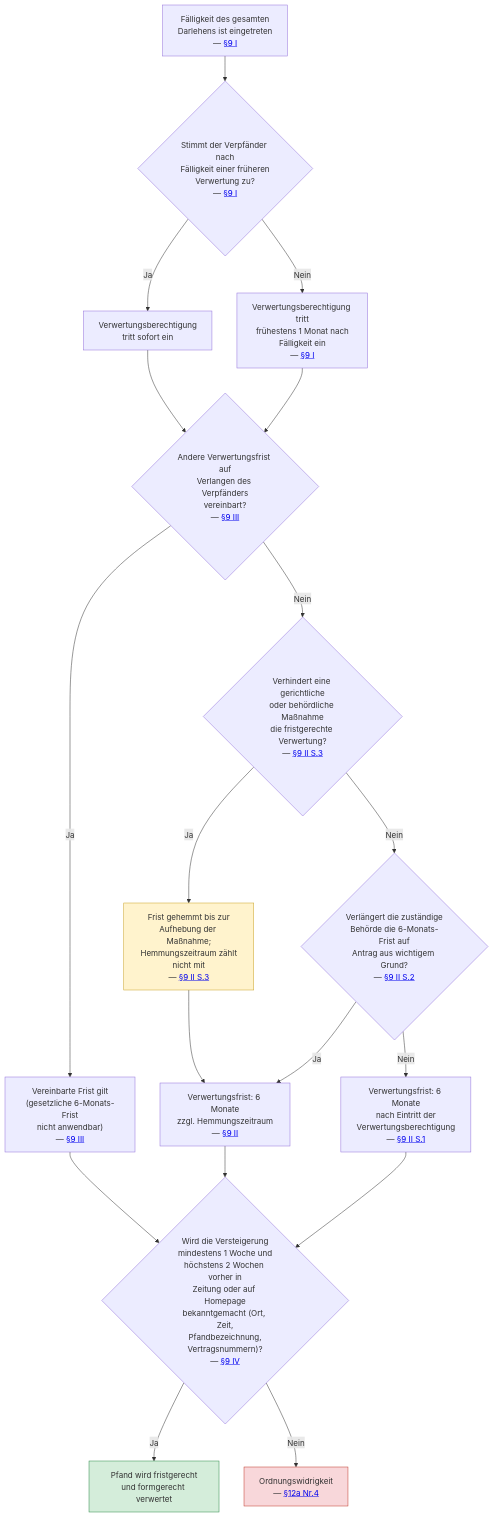
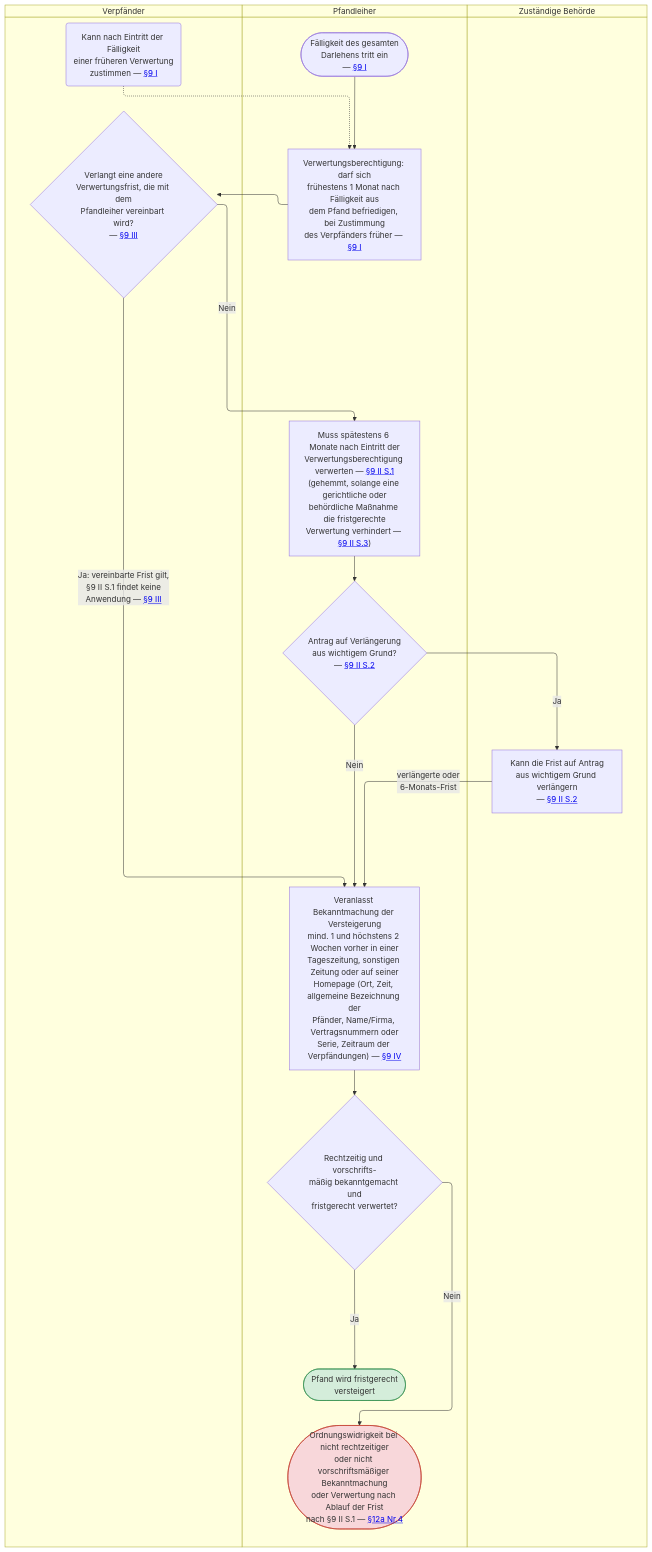
The diagram in src/content/ki-visualisierungen/PfandlV/verwertung.mmd (digitalservicebund/zfl-website), drawn with Mermaid before and after one commit. The commit also changed 26 other files, not shown here.

```diff
--- a/src/content/ki-visualisierungen/PfandlV/verwertung.mmd
+++ b/src/content/ki-visualisierungen/PfandlV/verwertung.mmd
@@ -1,25 +1,41 @@
 ---
-summary: "Zeigt, ab wann ein Pfandleiher nach Fälligkeit des Darlehens zur Verwertung des Pfandes berechtigt ist, welche Verwertungsfrist gilt und welche Bekanntmachungspflichten vor einer Versteigerung einzuhalten sind."
+summary: "Zeigt, wann der Pfandleiher nach Fälligkeit des Darlehens das Pfand verwerten darf und muss, wie Zustimmung und Verlangen des Verpfänders sowie eine Fristverlängerung durch die zuständige Behörde darauf einwirken und welche Bekanntmachung vor der Versteigerung nötig ist."
 ---
-flowchart TD
-    A["Fälligkeit des gesamten<br/>Darlehens ist eingetreten<br/>— <a href='{{ELI}}#art-z9_abs-z1' target='_blank' rel='noopener'>§9 I</a>"] --> B{"Stimmt der Verpfänder nach<br/>Fälligkeit einer früheren<br/>Verwertung zu?<br/>— <a href='{{ELI}}#art-z9_abs-z1' target='_blank' rel='noopener'>§9 I</a>"}
-    B -->|Ja| C1["Verwertungsberechtigung<br/>tritt sofort ein"]
-    B -->|Nein| C2["Verwertungsberechtigung tritt<br/>frühestens 1 Monat nach<br/>Fälligkeit ein<br/>— <a href='{{ELI}}#art-z9_abs-z1' target='_blank' rel='noopener'>§9 I</a>"]
-    C1 --> D{"Andere Verwertungsfrist auf<br/>Verlangen des Verpfänders<br/>vereinbart?<br/>— <a href='{{ELI}}#art-z9_abs-z3' target='_blank' rel='noopener'>§9 III</a>"}
-    C2 --> D
-    D -->|Ja| E1["Vereinbarte Frist gilt<br/>(gesetzliche 6-Monats-Frist<br/>nicht anwendbar)<br/>— <a href='{{ELI}}#art-z9_abs-z3' target='_blank' rel='noopener'>§9 III</a>"]
-    D -->|Nein| E2{"Verhindert eine gerichtliche<br/>oder behördliche Maßnahme<br/>die fristgerechte Verwertung?<br/>— <a href='{{ELI}}#art-z9_abs-z2' target='_blank' rel='noopener'>§9 II S.3</a>"}
-    E2 -->|Ja| F1["Frist gehemmt bis zur<br/>Aufhebung der Maßnahme;<br/>Hemmungszeitraum zählt<br/>nicht mit<br/>— <a href='{{ELI}}#art-z9_abs-z2' target='_blank' rel='noopener'>§9 II S.3</a>"]
-    E2 -->|Nein| F2{"Verlängert die zuständige<br/>Behörde die 6-Monats-Frist auf<br/>Antrag aus wichtigem Grund?<br/>— <a href='{{ELI}}#art-z9_abs-z2' target='_blank' rel='noopener'>§9 II S.2</a>"}
-    F1 --> G["Verwertungsfrist: 6 Monate<br/>zzgl. Hemmungszeitraum<br/>— <a href='{{ELI}}#art-z9_abs-z2' target='_blank' rel='noopener'>§9 II</a>"]
-    F2 -->|Ja| G
-    F2 -->|Nein| H["Verwertungsfrist: 6 Monate<br/>nach Eintritt der<br/>Verwertungsberechtigung<br/>— <a href='{{ELI}}#art-z9_abs-z2' target='_blank' rel='noopener'>§9 II S.1</a>"]
-    E1 --> I{"Wird die Versteigerung<br/>mindestens 1 Woche und<br/>höchstens 2 Wochen vorher in<br/>Zeitung oder auf Homepage<br/>bekanntgemacht (Ort, Zeit,<br/>Pfandbezeichnung,<br/>Vertragsnummern)?<br/>— <a href='{{ELI}}#art-z9_abs-z4' target='_blank' rel='noopener'>§9 IV</a>"}
-    G --> I
-    H --> I
-    I -->|Ja| J["Pfand wird fristgerecht<br/>und formgerecht verwertet"]
-    I -->|Nein| K["Ordnungswidrigkeit<br/>— <a href='{{ELI}}/art-z12a' target='_blank' rel='noopener'>§12a Nr.4</a>"]
+swimlane-beta TD
+    subgraph VP["Verpfänder"]
+        zustimmung("Kann nach Eintritt der Fälligkeit<br/>einer früheren Verwertung<br/>zustimmen — <a href='{{ELI}}#art-z9_abs-z1' target='_blank' rel='noopener'>§9 I</a>")
+        verlangen{"Verlangt eine andere<br/>Verwertungsfrist, die mit dem<br/>Pfandleiher vereinbart wird?<br/>— <a href='{{ELI}}#art-z9_abs-z3' target='_blank' rel='noopener'>§9 III</a>"}
+    end
 
-    style J fill:#d4edda,stroke:#2d8a4a
-    style K fill:#f8d7da,stroke:#c0392b
-    style F1 fill:#fff3cd,stroke:#c9a227
+    subgraph PL["Pfandleiher"]
+        start(["Fälligkeit des gesamten<br/>Darlehens tritt ein<br/>— <a href='{{ELI}}#art-z9_abs-z1' target='_blank' rel='noopener'>§9 I</a>"])
+        berechtigt["Verwertungsberechtigung: darf sich<br/>frühestens 1 Monat nach Fälligkeit aus<br/>dem Pfand befriedigen, bei Zustimmung<br/>des Verpfänders früher — <a href='{{ELI}}#art-z9_abs-z1' target='_blank' rel='noopener'>§9 I</a>"]
+        frist6["Muss spätestens 6 Monate nach Eintritt der<br/>Verwertungsberechtigung verwerten — <a href='{{ELI}}#art-z9_abs-z2' target='_blank' rel='noopener'>§9 II S.1</a><br/>(gehemmt, solange eine gerichtliche oder<br/>behördliche Maßnahme die fristgerechte<br/>Verwertung verhindert — <a href='{{ELI}}#art-z9_abs-z2' target='_blank' rel='noopener'>§9 II S.3</a>)"]
+        antrag{"Antrag auf Verlängerung<br/>aus wichtigem Grund?<br/>— <a href='{{ELI}}#art-z9_abs-z2' target='_blank' rel='noopener'>§9 II S.2</a>"}
+        bekanntmachung["Veranlasst Bekanntmachung der Versteigerung<br/>mind. 1 und höchstens 2 Wochen vorher in einer<br/>Tageszeitung, sonstigen Zeitung oder auf seiner<br/>Homepage (Ort, Zeit, allgemeine Bezeichnung der<br/>Pfänder, Name/Firma, Vertragsnummern oder<br/>Serie, Zeitraum der Verpfändungen) — <a href='{{ELI}}#art-z9_abs-z4' target='_blank' rel='noopener'>§9 IV</a>"]
+        pruefung{"Rechtzeitig und vorschrifts-<br/>mäßig bekanntgemacht und<br/>fristgerecht verwertet?"}
+        verwertet(["Pfand wird fristgerecht<br/>versteigert"])
+        owi(["Ordnungswidrigkeit bei nicht rechtzeitiger<br/>oder nicht vorschriftsmäßiger Bekanntmachung<br/>oder Verwertung nach Ablauf der Frist<br/>nach §9 II S.1 — <a href='{{ELI}}/art-z12a' target='_blank' rel='noopener'>§12a Nr.4</a>"])
+    end
+
+    subgraph BH["Zuständige Behörde"]
+        verlaengerung["Kann die Frist auf Antrag<br/>aus wichtigem Grund verlängern<br/>— <a href='{{ELI}}#art-z9_abs-z2' target='_blank' rel='noopener'>§9 II S.2</a>"]
+    end
+
+    start --> berechtigt
+    zustimmung -.-> berechtigt
+    berechtigt --> verlangen
+    verlangen -->|"Ja: vereinbarte Frist gilt,<br/>§9 II S.1 findet keine<br/>Anwendung — <a href='{{ELI}}#art-z9_abs-z3' target='_blank' rel='noopener'>§9 III</a>"| bekanntmachung
+    verlangen -->|Nein| frist6
+    frist6 --> antrag
+    antrag -->|Ja| verlaengerung
+    antrag -->|Nein| bekanntmachung
+    verlaengerung -->|"verlängerte oder<br/>6-Monats-Frist"| bekanntmachung
+    bekanntmachung --> pruefung
+    pruefung -->|Ja| verwertet
+    pruefung -->|Nein| owi
+    start ~~~ zustimmung
+    verwertet ~~~ owi
+
+    style verwertet fill:#d4edda,stroke:#2d8a4a
+    style owi fill:#f8d7da,stroke:#c0392b
```
